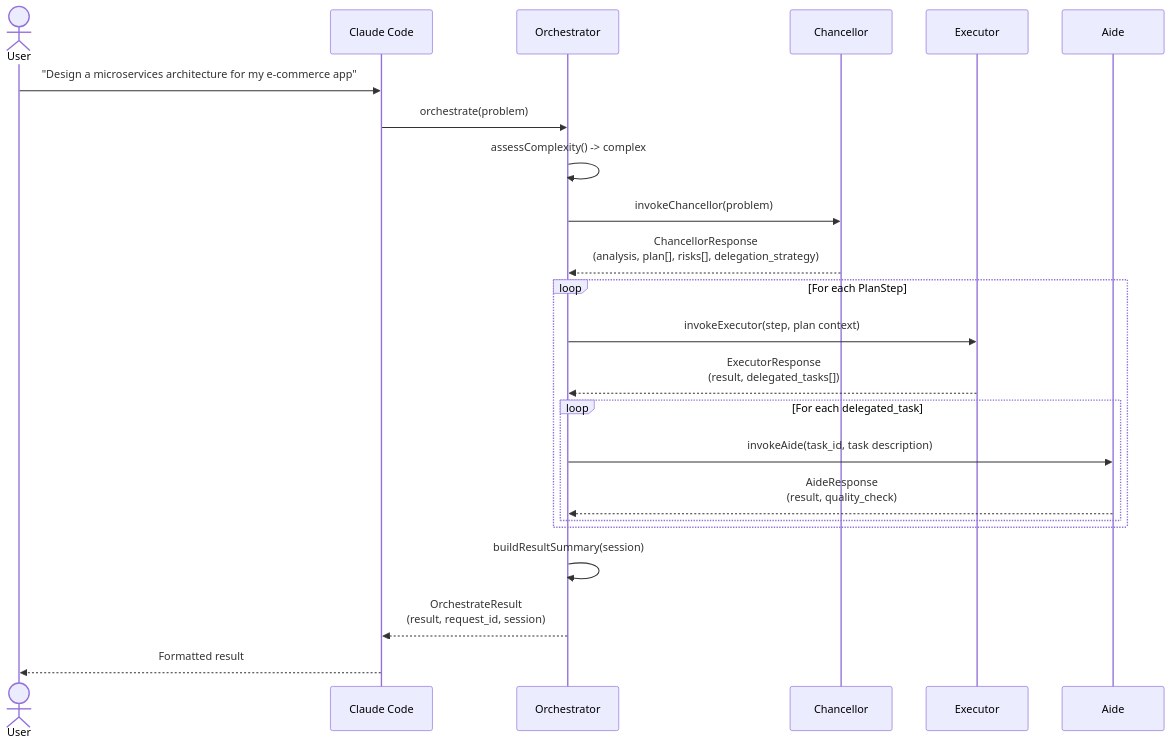
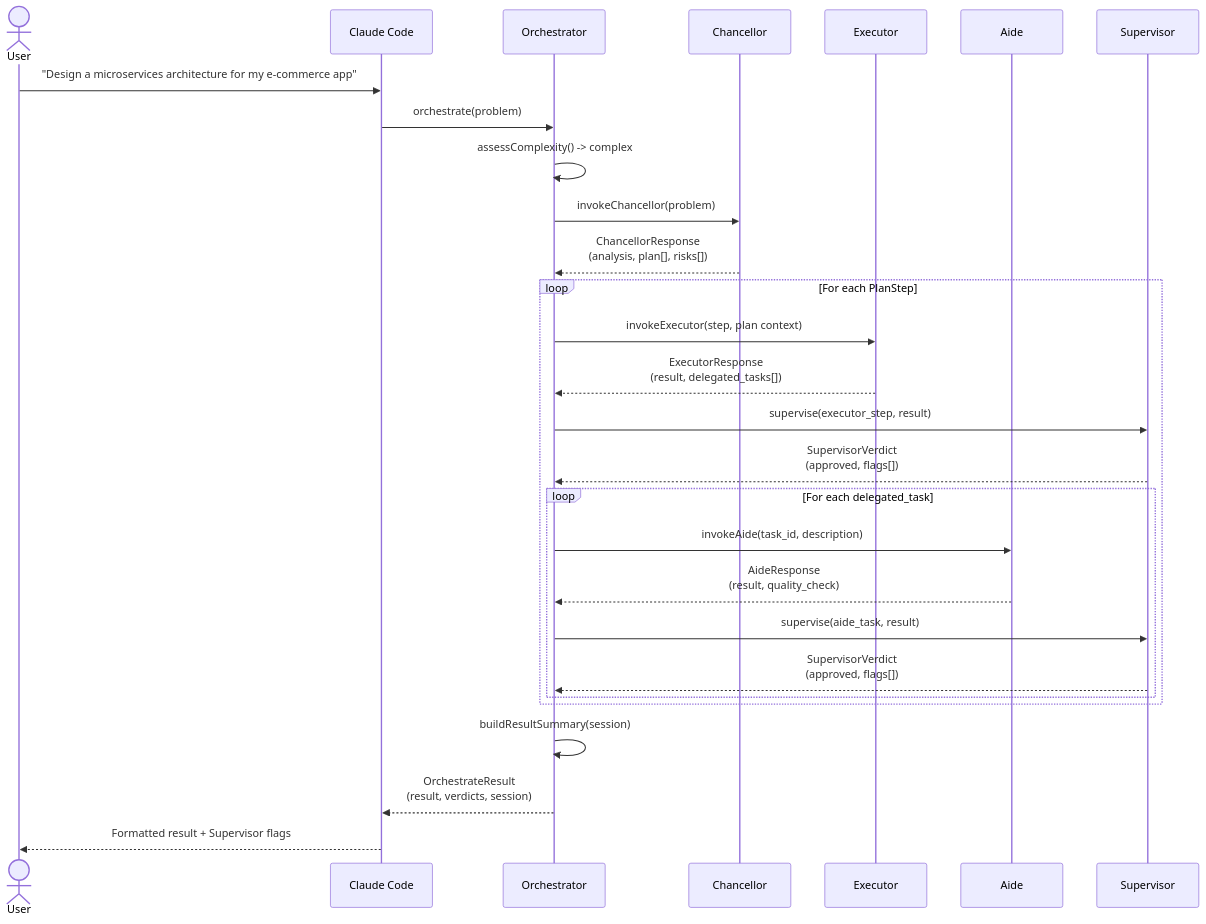
One commit to iamvirul/the-council changed the second of 3 diagrams in README.md. Above: the diagram before and after it, drawn with Mermaid. The commit also changed other lines of this file, not shown here.

Commit message:
docs: update README for 0.2.0 with Supervisor agent

````diff
--- a/README.md
+++ b/README.md
@@ -61,30 +64,35 @@
 ```mermaid
 sequenceDiagram
     actor User
     participant CC as Claude Code
     participant ORC as Orchestrator
     participant CH as Chancellor
     participant EX as Executor
     participant AI as Aide
+    participant SV as Supervisor
 
     User->>CC: "Design a microservices architecture for my e-commerce app"
     CC->>ORC: orchestrate(problem)
     ORC->>ORC: assessComplexity() -> complex
 
     ORC->>CH: invokeChancellor(problem)
-    CH-->>ORC: ChancellorResponse<br/>(analysis, plan[], risks[], delegation_strategy)
+    CH-->>ORC: ChancellorResponse<br/>(analysis, plan[], risks[])
 
     loop For each PlanStep
         ORC->>EX: invokeExecutor(step, plan context)
         EX-->>ORC: ExecutorResponse<br/>(result, delegated_tasks[])
+        ORC->>SV: supervise(executor_step, result)
+        SV-->>ORC: SupervisorVerdict<br/>(approved, flags[])
 
         loop For each delegated_task
-            ORC->>AI: invokeAide(task_id, task description)
+            ORC->>AI: invokeAide(task_id, description)
             AI-->>ORC: AideResponse<br/>(result, quality_check)
+            ORC->>SV: supervise(aide_task, result)
+            SV-->>ORC: SupervisorVerdict<br/>(approved, flags[])
         end
     end
 
     ORC->>ORC: buildResultSummary(session)
-    ORC-->>CC: OrchestrateResult<br/>(result, request_id, session)
-    CC-->>User: Formatted result
+    ORC-->>CC: OrchestrateResult<br/>(result, verdicts, session)
+    CC-->>User: Formatted result + Supervisor flags
 ```
````
